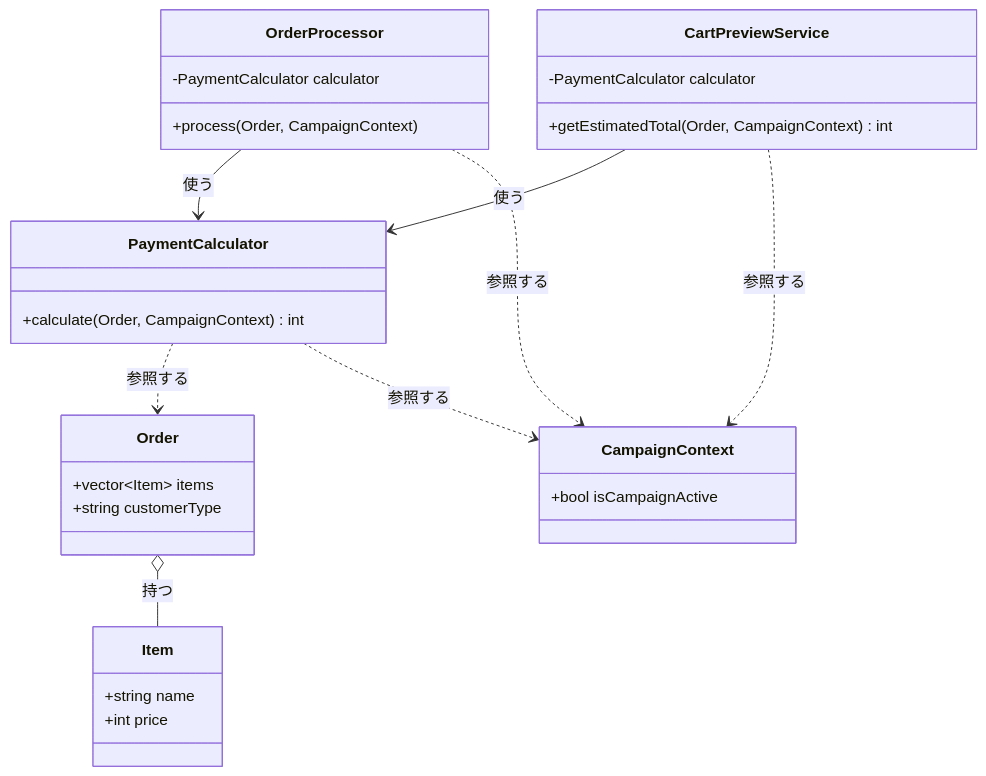
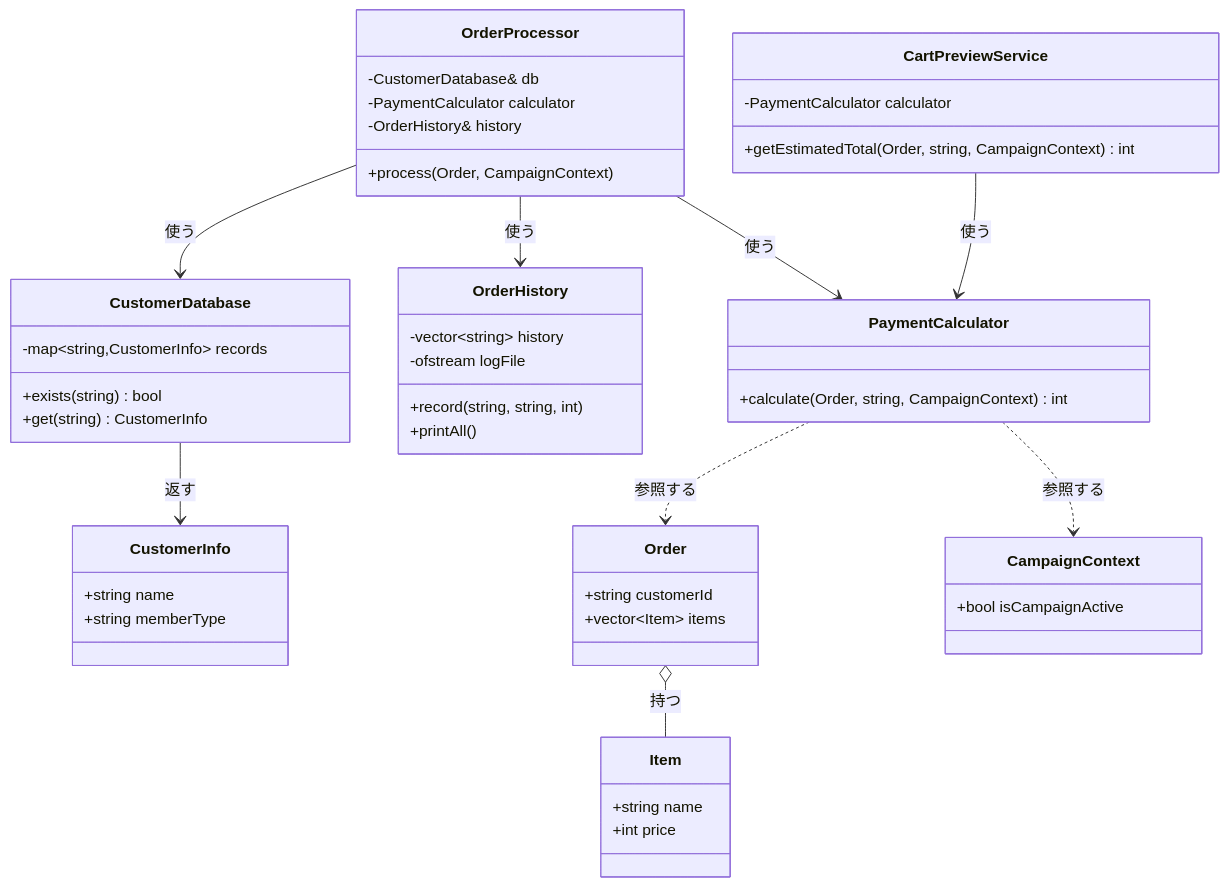
One commit to kumachan1101-pixel/DesignPattern changed the first of 5 diagrams in kindle/design-patterns/output/chapter01.md. Above: the diagram before and after it, drawn with Mermaid. The commit also changed other lines of this file, not shown here.

````diff
--- a/kindle/design-patterns/output/chapter01.md
+++ b/kindle/design-patterns/output/chapter01.md
@@ -82,33 +94,51 @@
 ```mermaid
 classDiagram
+    class CustomerDatabase {
+        -map~string,CustomerInfo~ records
+        +exists(string) bool
+        +get(string) CustomerInfo
+    }
+    class CustomerInfo {
+        +string name
+        +string memberType
+    }
+    class OrderHistory {
+        -vector~string~ history
+        -ofstream logFile
+        +record(string, string, int)
+        +printAll()
+    }
     class OrderProcessor {
+        -CustomerDatabase& db
         -PaymentCalculator calculator
+        -OrderHistory& history
         +process(Order, CampaignContext)
     }
     class PaymentCalculator {
-        +calculate(Order, CampaignContext) int
+        +calculate(Order, string, CampaignContext) int
     }
     class CartPreviewService {
         -PaymentCalculator calculator
-        +getEstimatedTotal(Order, CampaignContext) int
+        +getEstimatedTotal(Order, string, CampaignContext) int
     }
     class Order {
+        +string customerId
         +vector~Item~ items
-        +string customerType
     }
     class Item {
         +string name
         +int price
     }
     class CampaignContext {
         +bool isCampaignActive
     }
 
+    OrderProcessor --> CustomerDatabase : 使う
     OrderProcessor --> PaymentCalculator : 使う
+    OrderProcessor --> OrderHistory : 使う
+    CustomerDatabase --> CustomerInfo : 返す
     CartPreviewService --> PaymentCalculator : 使う
     PaymentCalculator ..> Order : 参照する
     PaymentCalculator ..> CampaignContext : 参照する
-    CartPreviewService ..> CampaignContext : 参照する
-    OrderProcessor ..> CampaignContext : 参照する
     Order o-- Item : 持つ
 ```
````
